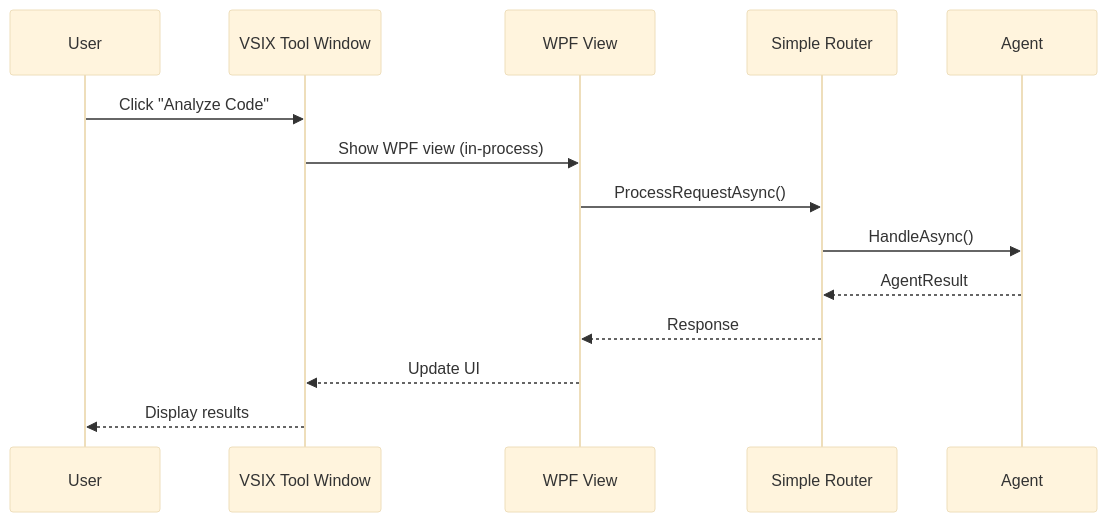
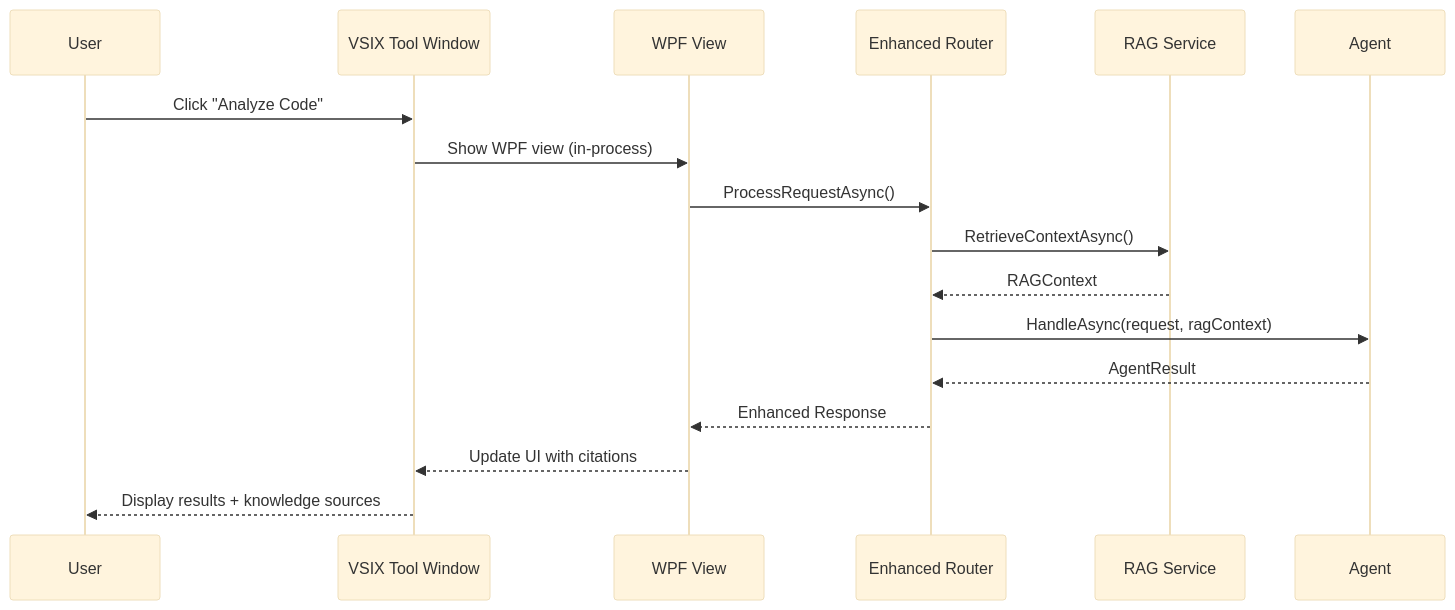
Before and after one commit to ShadmanAbir/A3sist: the third of 7 diagrams in .qoder/quests/wpf-ui-integration-1756224300.md, drawn with Mermaid (base theme). The commit also changed other lines of this file and 57 other files, not shown here.

````diff
--- a/.qoder/quests/wpf-ui-integration-1756224300.md
+++ b/.qoder/quests/wpf-ui-integration-1756224300.md
@@ -361,17 +815,20 @@
 ```mermaid
 sequenceDiagram
     participant User as User
     participant VSIX as VSIX Tool Window
     participant WPF as WPF View
-    participant Router as Simple Router
+    participant Router as Enhanced Router
+    participant RAG as RAG Service
     participant Agent as Agent
     
     User->>VSIX: Click "Analyze Code"
     VSIX->>WPF: Show WPF view (in-process)
     WPF->>Router: ProcessRequestAsync()
-    Router->>Agent: HandleAsync()
+    Router->>RAG: RetrieveContextAsync()
+    RAG-->>Router: RAGContext
+    Router->>Agent: HandleAsync(request, ragContext)
     Agent-->>Router: AgentResult
-    Router-->>WPF: Response
-    WPF-->>VSIX: Update UI
-    VSIX-->>User: Display results
+    Router-->>WPF: Enhanced Response
+    WPF-->>VSIX: Update UI with citations
+    VSIX-->>User: Display results + knowledge sources
 ```
````
